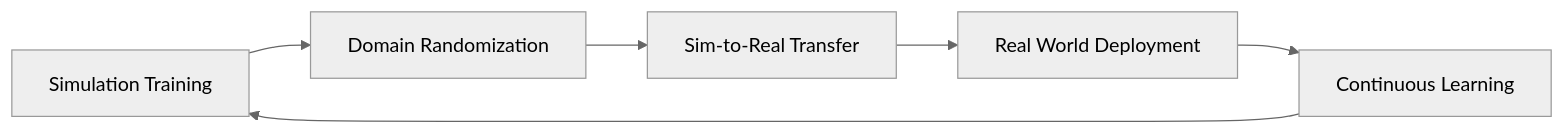
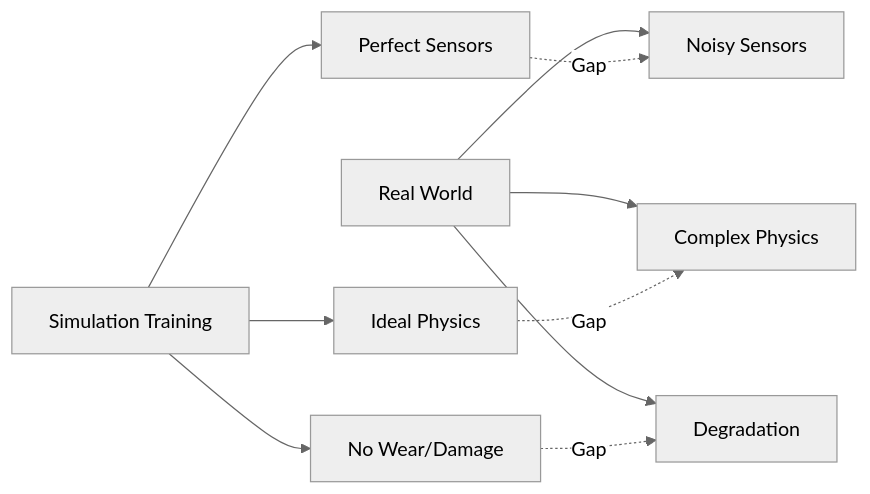
One commit to farazahmed7530/physical-ai-textbook changed the fifth of 7 diagrams in textbook/docs/introduction/physical-ai.mdx. Above: the diagram before and after it, drawn with Mermaid (neutral theme). The commit also changed other lines of this file and 30 other files, not shown here.

````diff
--- a/textbook/docs/introduction/physical-ai.mdx
+++ b/textbook/docs/introduction/physical-ai.mdx
@@ -145,8 +290,14 @@
 ```mermaid
 graph LR
-    A[Simulation Training] --> B[Domain Randomization]
-    B --> C[Sim-to-Real Transfer]
-    C --> D[Real World Deployment]
-    D --> E[Continuous Learning]
-    E --> A
+    A[Simulation Training] --> B[Perfect Sensors]
+    A --> C[Ideal Physics]
+    A --> D[No Wear/Damage]
+
+    E[Real World] --> F[Noisy Sensors]
+    E --> G[Complex Physics]
+    E --> H[Degradation]
+
+    B -.->|Gap| F
+    C -.->|Gap| G
+    D -.->|Gap| H
 ```
````
